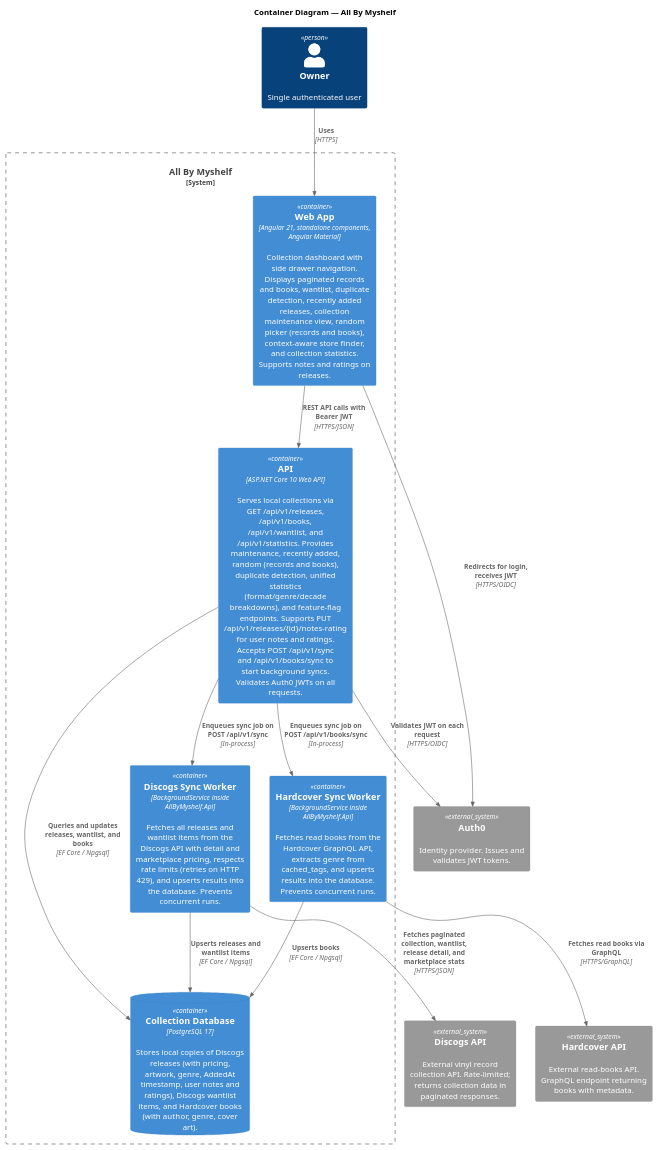
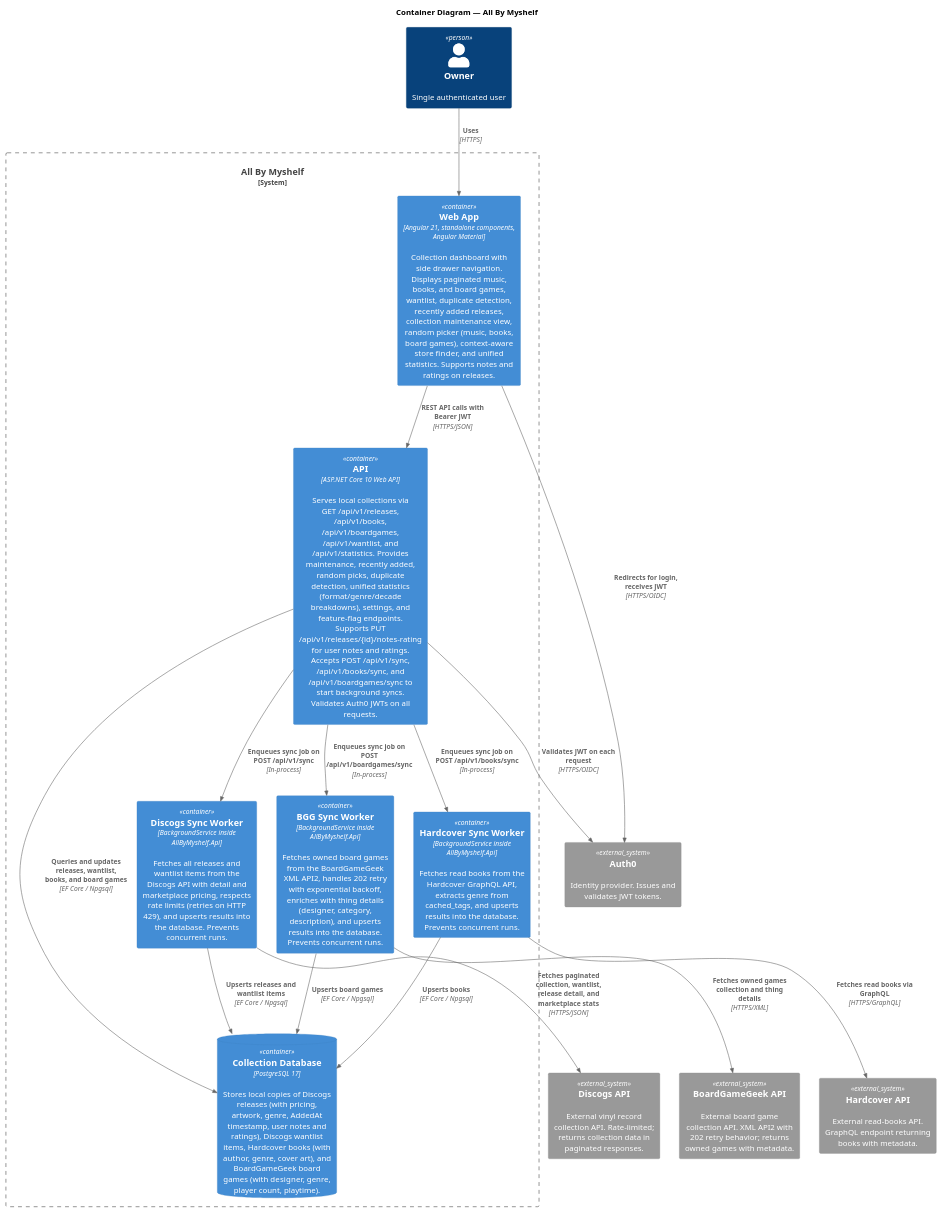
The diagram in docs/c4/container.puml (ronlease/All-By-Myshelf), drawn with PlantUML before and after one commit. The commit also changed 45 other files, not shown here.

First line of the commit message:
feat(ABM-053-058,061): BGG integration, random picker history (#42)

```diff
--- a/docs/c4/container.puml
+++ b/docs/c4/container.puml
@@ -1,36 +1,42 @@
 @startuml
 !include https://raw.githubusercontent.com/plantuml-stdlib/C4-PlantUML/master/C4_Container.puml
 
 title Container Diagram — All By Myshelf
 
 Person(user, "Owner", "Single authenticated user")
 
 System_Ext(auth0, "Auth0", "Identity provider. Issues and validates JWT tokens.")
 System_Ext(discogs, "Discogs API", "External vinyl record collection API. Rate-limited; returns collection data in paginated responses.")
+System_Ext(bgg, "BoardGameGeek API", "External board game collection API. XML API2 with 202 retry behavior; returns owned games with metadata.")
 System_Ext(hardcover, "Hardcover API", "External read-books API. GraphQL endpoint returning books with metadata.")
 
 System_Boundary(app, "All By Myshelf") {
-    Container(web, "Web App", "Angular 21, standalone components, Angular Material", "Collection dashboard with side drawer navigation. Displays paginated records and books, wantlist, duplicate detection, recently added releases, collection maintenance view, random picker (records and books), context-aware store finder, and collection statistics. Supports notes and ratings on releases.")
+    Container(web, "Web App", "Angular 21, standalone components, Angular Material", "Collection dashboard with side drawer navigation. Displays paginated music, books, and board games, wantlist, duplicate detection, recently added releases, collection maintenance view, random picker (music, books, board games), context-aware store finder, and unified statistics. Supports notes and ratings on releases.")
 
-    Container(api, "API", "ASP.NET Core 10 Web API", "Serves local collections via GET /api/v1/releases, /api/v1/books, /api/v1/wantlist, and /api/v1/statistics. Provides maintenance, recently added, random (records and books), duplicate detection, unified statistics (format/genre/decade breakdowns), and feature-flag endpoints. Supports PUT /api/v1/releases/{id}/notes-rating for user notes and ratings. Accepts POST /api/v1/sync and /api/v1/books/sync to start background syncs. Validates Auth0 JWTs on all requests.")
+    Container(api, "API", "ASP.NET Core 10 Web API", "Serves local collections via GET /api/v1/releases, /api/v1/books, /api/v1/boardgames, /api/v1/wantlist, and /api/v1/statistics. Provides maintenance, recently added, random picks, duplicate detection, unified statistics (format/genre/decade breakdowns), settings, and feature-flag endpoints. Supports PUT /api/v1/releases/{id}/notes-rating for user notes and ratings. Accepts POST /api/v1/sync, /api/v1/books/sync, and /api/v1/boardgames/sync to start background syncs. Validates Auth0 JWTs on all requests.")
 
     Container(discogsSyncWorker, "Discogs Sync Worker", "BackgroundService inside AllByMyshelf.Api", "Fetches all releases and wantlist items from the Discogs API with detail and marketplace pricing, respects rate limits (retries on HTTP 429), and upserts results into the database. Prevents concurrent runs.")
 
+    Container(bggSyncWorker, "BGG Sync Worker", "BackgroundService inside AllByMyshelf.Api", "Fetches owned board games from the BoardGameGeek XML API2, handles 202 retry with exponential backoff, enriches with thing details (designer, category, description), and upserts results into the database. Prevents concurrent runs.")
+
     Container(hardcoverSyncWorker, "Hardcover Sync Worker", "BackgroundService inside AllByMyshelf.Api", "Fetches read books from the Hardcover GraphQL API, extracts genre from cached_tags, and upserts results into the database. Prevents concurrent runs.")
 
-    ContainerDb(db, "Collection Database", "PostgreSQL 17", "Stores local copies of Discogs releases (with pricing, artwork, genre, AddedAt timestamp, user notes and ratings), Discogs wantlist items, and Hardcover books (with author, genre, cover art).")
+    ContainerDb(db, "Collection Database", "PostgreSQL 17", "Stores local copies of Discogs releases (with pricing, artwork, genre, AddedAt timestamp, user notes and ratings), Discogs wantlist items, Hardcover books (with author, genre, cover art), and BoardGameGeek board games (with designer, genre, player count, playtime).")
 }
 
 Rel(user, web, "Uses", "HTTPS")
 Rel(web, auth0, "Redirects for login, receives JWT", "HTTPS/OIDC")
 Rel(web, api, "REST API calls with Bearer JWT", "HTTPS/JSON")
 Rel(api, auth0, "Validates JWT on each request", "HTTPS/OIDC")
 Rel(api, discogsSyncWorker, "Enqueues sync job on POST /api/v1/sync", "In-process")
+Rel(api, bggSyncWorker, "Enqueues sync job on POST /api/v1/boardgames/sync", "In-process")
 Rel(api, hardcoverSyncWorker, "Enqueues sync job on POST /api/v1/books/sync", "In-process")
+Rel(bggSyncWorker, bgg, "Fetches owned games collection and thing details", "HTTPS/XML")
+Rel(bggSyncWorker, db, "Upserts board games", "EF Core / Npgsql")
 Rel(discogsSyncWorker, discogs, "Fetches paginated collection, wantlist, release detail, and marketplace stats", "HTTPS/JSON")
 Rel(hardcoverSyncWorker, hardcover, "Fetches read books via GraphQL", "HTTPS/GraphQL")
 Rel(discogsSyncWorker, db, "Upserts releases and wantlist items", "EF Core / Npgsql")
 Rel(hardcoverSyncWorker, db, "Upserts books", "EF Core / Npgsql")
-Rel(api, db, "Queries and updates releases, wantlist, and books", "EF Core / Npgsql")
+Rel(api, db, "Queries and updates releases, wantlist, books, and board games", "EF Core / Npgsql")
 
 @enduml
```
